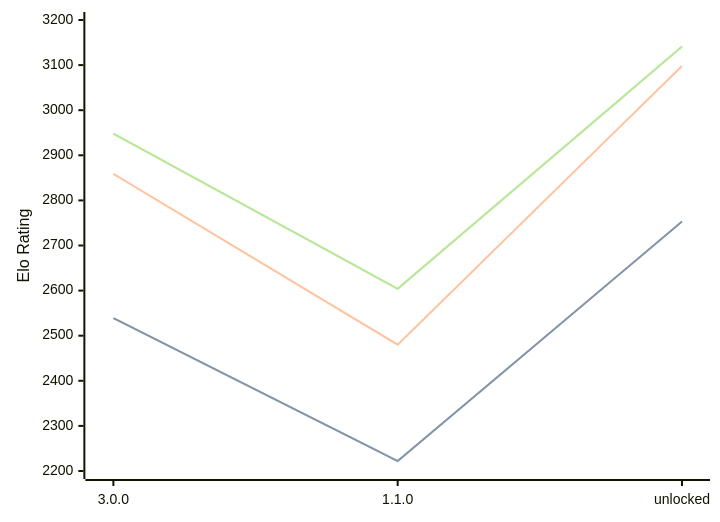
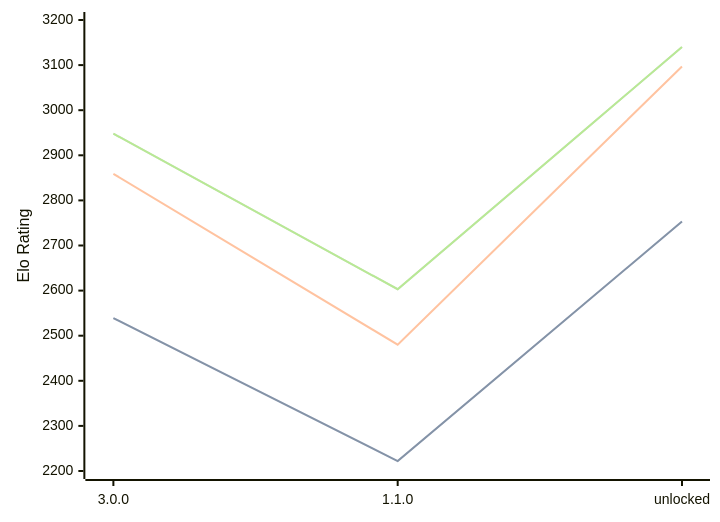
One commit to computer-chess-index/cci changed the diagram in engines/Potential.md. Above: the diagram before and after it, drawn with Mermaid. The commit also changed other lines of this file, not shown here.

Commit message:
Update CCI Ratings (ELO VLTC) - 2026-09-15

````diff
--- a/engines/Potential.md
+++ b/engines/Potential.md
@@ -33,11 +33,11 @@
 ```mermaid
 %%{init: {"theme":"base","themeVariables":{"seriesColors:['#a3a3a3','#222221','#faa371']}}}%%
 xychart-beta
   x-axis ["3.0.0", "1.1.0", "unlocked"]
   y-axis "Elo Rating" 2200 --> 3200
   line "" [2539, 2222, 2753]
   line "STC (8.0+0.08s)" [2539, 2222, 2753]
-  line "LTC (60.0+0.60s)" [2859, 2480, 3098]
-  line "" [2948, 2604, 3141]
-  line "VLTC (2m24s+1.12s)" [2948, 2604, 3141]
+  line "LTC (60.0+0.60s)" [2859, 2480, 3097]
+  line "" [2948, 2603, 3140]
+  line "VLTC (2m24s+1.12s)" [2948, 2603, 3140]
 ```
````
